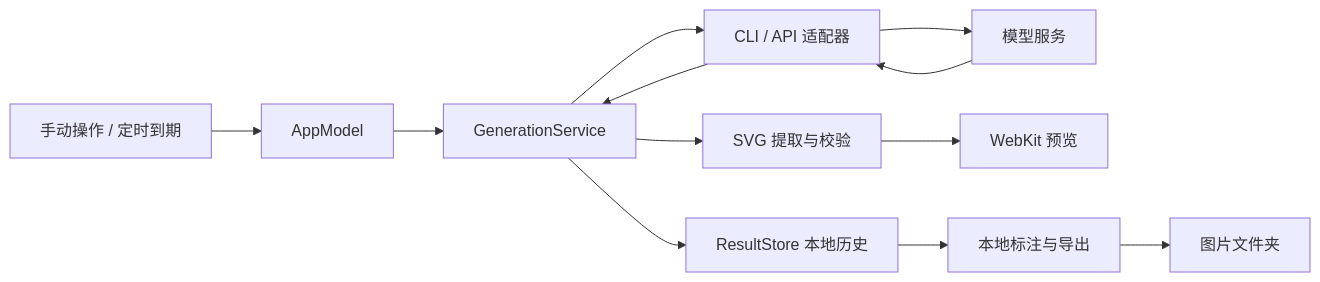
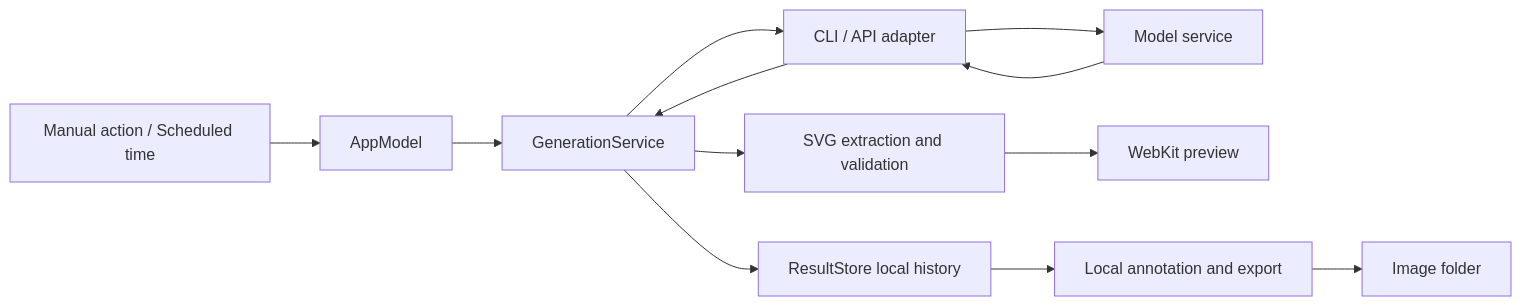
Before and after one commit to LuyuTeaRoom/PelicanSentinel: the diagram in README.md, drawn with Mermaid. The commit also changed other lines of this file and 7 other files, not shown here.

````diff
--- a/README.md
+++ b/README.md
@@ -155,14 +158,14 @@
 ```mermaid
 flowchart LR
-    A[手动操作 / 定时到期] --> B[AppModel]
+    A[Manual action / Scheduled time] --> B[AppModel]
     B --> C[GenerationService]
-    C --> D[CLI / API 适配器]
-    D --> E[模型服务]
+    C --> D[CLI / API adapter]
+    D --> E[Model service]
     E --> D
     D --> C
-    C --> F[SVG 提取与校验]
-    F --> G[WebKit 预览]
-    C --> H[ResultStore 本地历史]
-    H --> I[本地标注与导出]
-    I --> J[图片文件夹]
+    C --> F[SVG extraction and validation]
+    F --> G[WebKit preview]
+    C --> H[ResultStore local history]
+    H --> I[Local annotation and export]
+    I --> J[Image folder]
 ```
````
